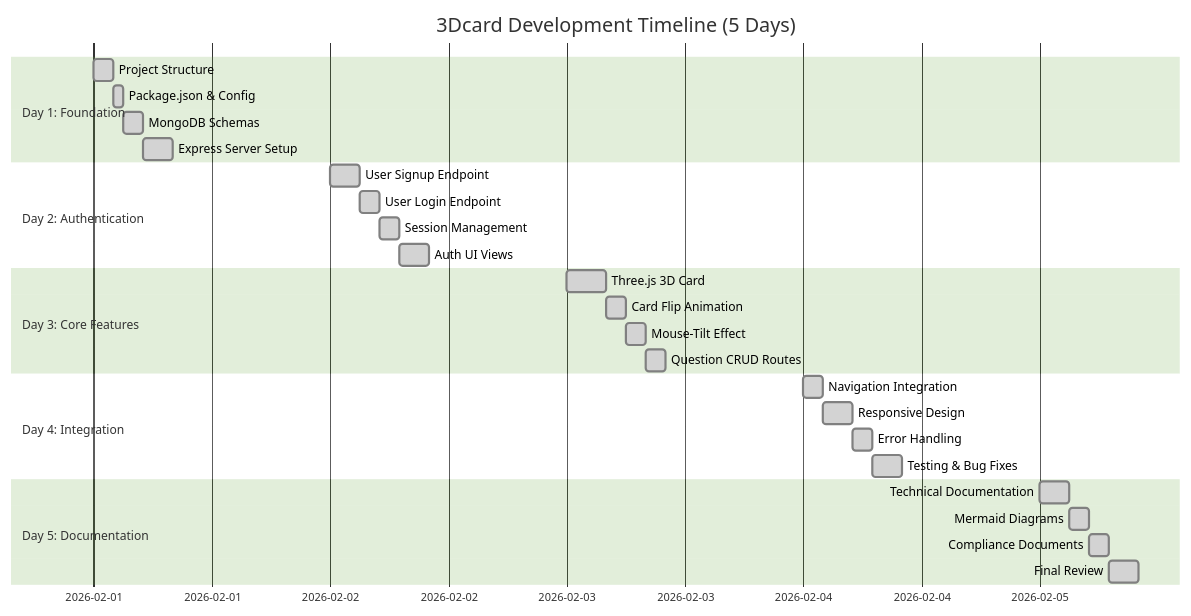
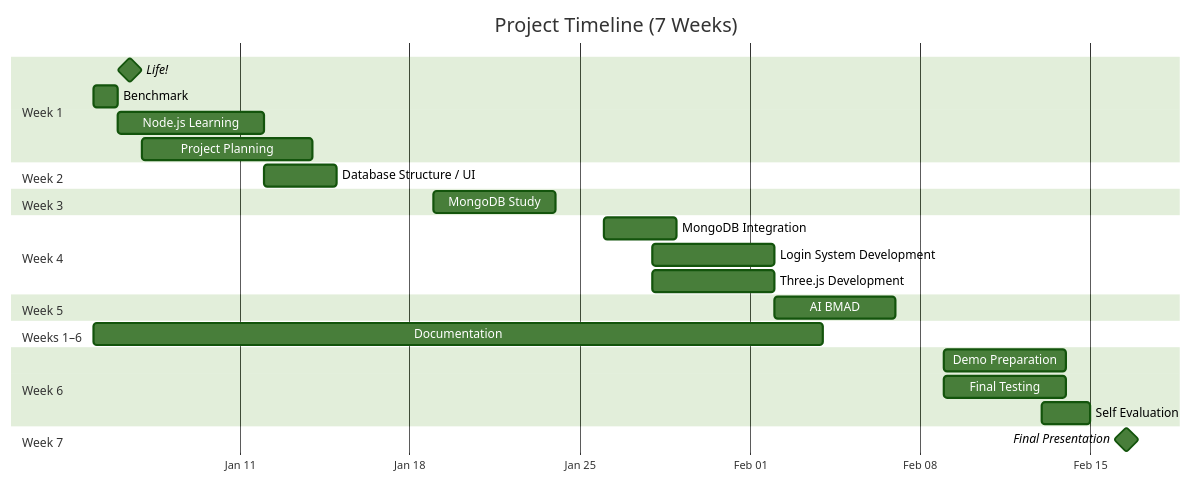
One commit to Edowa85/3d_IB changed the diagram in docs/project-plan.md. Above: the diagram before and after it, drawn with Mermaid (forest theme).

Commit message:
Update project-plan.md
time table

````diff
--- a/docs/project-plan.md
+++ b/docs/project-plan.md
@@ -168,34 +168,38 @@
 ```mermaid
 gantt
-    title 3Dcard Development Timeline (5 Days)
+    title Project Timeline (7 Weeks)
     dateFormat  YYYY-MM-DD
-    section Day 1: Foundation
-    Project Structure           :done, d1a, 2026-02-01, 2h
-    Package.json & Config       :done, d1b, after d1a, 1h
-    MongoDB Schemas             :done, d1c, after d1b, 2h
-    Express Server Setup        :done, d1d, after d1c, 3h
+    axisFormat  %b %d
+    todayMarker off
 
-    section Day 2: Authentication
-    User Signup Endpoint        :done, d2a, 2026-02-02, 3h
-    User Login Endpoint         :done, d2b, after d2a, 2h
-    Session Management          :done, d2c, after d2b, 2h
-    Auth UI Views               :done, d2d, after d2c, 3h
+    section Week 1
+    Life!                    :milestone, life, 2026-01-06, 1d
+    Benchmark                 :bench, 2026-01-05, 1d
+    Node.js Learning          :node, 2026-01-06, 6d
+    Project Planning          :plan, 2026-01-07, 7d
 
-    section Day 3: Core Features
-    Three.js 3D Card            :done, d3a, 2026-02-03, 4h
-    Card Flip Animation         :done, d3b, after d3a, 2h
-    Mouse-Tilt Effect           :done, d3c, after d3b, 2h
-    Question CRUD Routes        :done, d3d, after d3c, 2h
+    section Week 2
+    Database Structure / UI   :ui, 2026-01-12, 3d
 
-    section Day 4: Integration
-    Navigation Integration      :done, d4a, 2026-02-04, 2h
-    Responsive Design           :done, d4b, after d4a, 3h
-    Error Handling              :done, d4c, after d4b, 2h
-    Testing & Bug Fixes         :done, d4d, after d4c, 3h
+    section Week 3
+    MongoDB Study             :mongo1, 2026-01-19, 5d
 
-    section Day 5: Documentation
-    Technical Documentation     :done, d5a, 2026-02-05, 3h
-    Mermaid Diagrams            :done, d5b, after d5a, 2h
-    Compliance Documents        :done, d5c, after d5b, 2h
-    Final Review                :done, d5d, after d5c, 3h
+    section Week 4
+    MongoDB Integration       :mongo2, 2026-01-26, 3d
+    Login System Development  :login, 2026-01-28, 5d
+    Three.js Development      :three, 2026-01-28, 5d
+
+    section Week 5
+    AI BMAD                   :ai, 2026-02-02, 5d
+
+    section Weeks 1–6
+    Documentation             :docs, 2026-01-05, 30d
+
+    section Week 6
+    Demo Preparation          :demoPrep, 2026-02-09, 5d
+    Final Testing             :finalTest, 2026-02-09, 5d
+    Self Evaluation           :selfEval, 2026-02-13, 2d
+
+    section Week 7
+    Final Presentation        :milestone, demo, 2026-02-16, 1d
 ```
````
